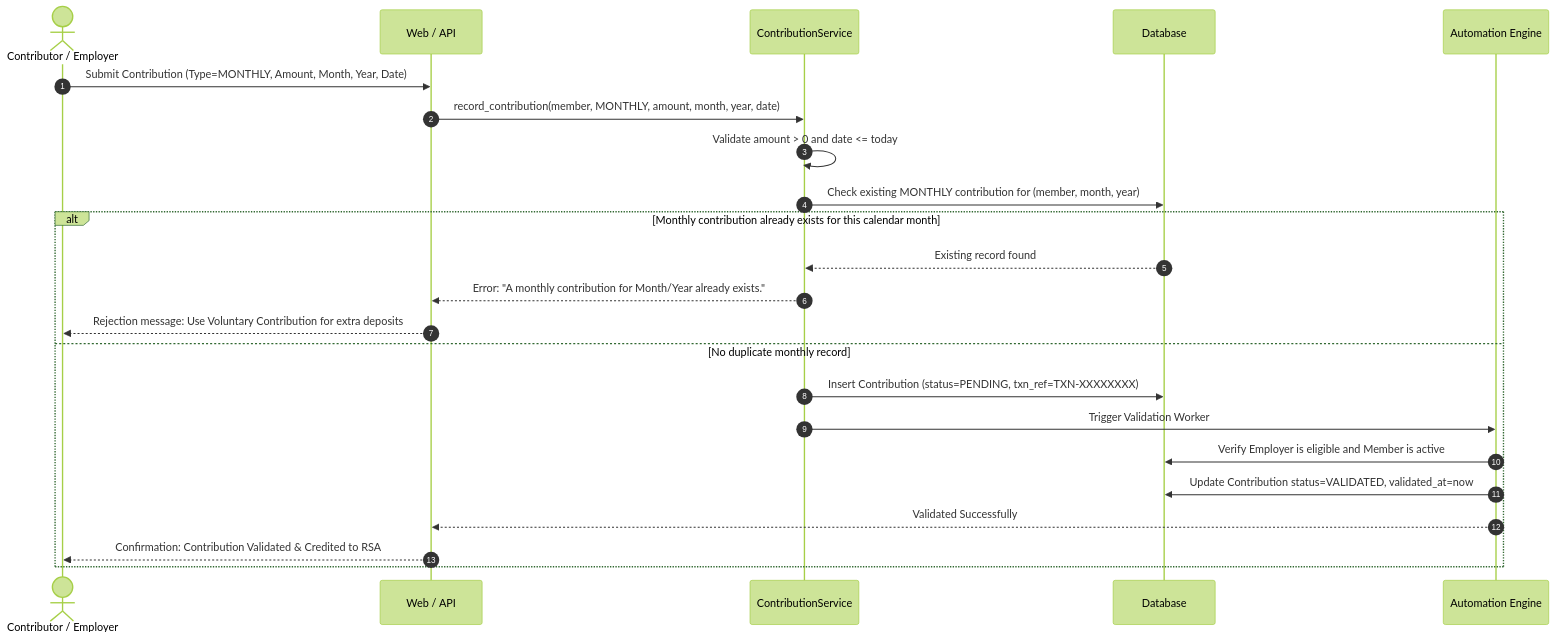
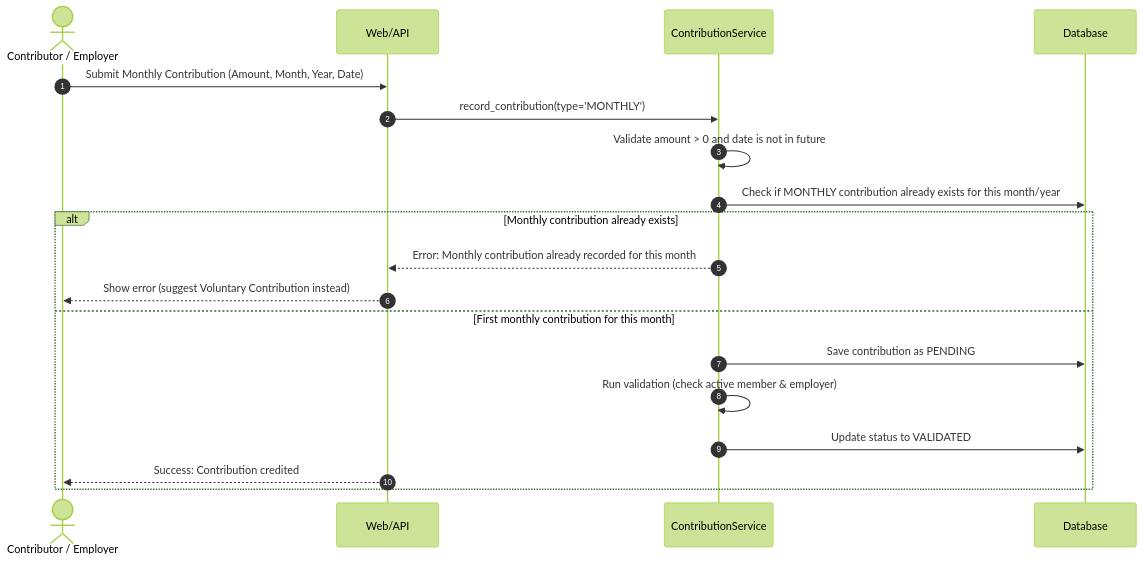
The fourth of 7 diagrams in SYSTEM_DESIGN.md (victorquadri123/pension-contribution-management-system), drawn with Mermaid (forest theme) before and after one commit. The commit also changed other lines of this file, not shown here.

Commit message:
docs: simplify system design document with clear developer notes and diagrams

````diff
--- a/SYSTEM_DESIGN.md
+++ b/SYSTEM_DESIGN.md
@@ -199,26 +185,22 @@
 ```mermaid
 sequenceDiagram
     autonumber
-    actor User as Contributor / Employer
-    participant Portal as Web / API
-    participant ContribSvc as ContributionService
+    actor Contributor as Contributor / Employer
+    participant View as Web/API
+    participant Service as ContributionService
     participant DB as Database
-    participant JobRunner as Automation Engine
 
-    User->>Portal: Submit Contribution (Type=MONTHLY, Amount, Month, Year, Date)
-    Portal->>ContribSvc: record_contribution(member, MONTHLY, amount, month, year, date)
-    ContribSvc->>ContribSvc: Validate amount > 0 and date <= today
-    ContribSvc->>DB: Check existing MONTHLY contribution for (member, month, year)
-    alt Monthly contribution already exists for this calendar month
-        DB-->>ContribSvc: Existing record found
-        ContribSvc-->>Portal: Error: "A monthly contribution for Month/Year already exists."
-        Portal-->>User: Rejection message: Use Voluntary Contribution for extra deposits
-    else No duplicate monthly record
-        ContribSvc->>DB: Insert Contribution (status=PENDING, txn_ref=TXN-XXXXXXXX)
-        ContribSvc->>JobRunner: Trigger Validation Worker
-        JobRunner->>DB: Verify Employer is eligible and Member is active
-        JobRunner->>DB: Update Contribution status=VALIDATED, validated_at=now
-        JobRunner-->>Portal: Validated Successfully
-        Portal-->>User: Confirmation: Contribution Validated & Credited to RSA
+    Contributor->>View: Submit Monthly Contribution (Amount, Month, Year, Date)
+    View->>Service: record_contribution(type='MONTHLY')
+    Service->>Service: Validate amount > 0 and date is not in future
+    Service->>DB: Check if MONTHLY contribution already exists for this month/year
+    alt Monthly contribution already exists
+        Service-->>View: Error: Monthly contribution already recorded for this month
+        View-->>Contributor: Show error (suggest Voluntary Contribution instead)
+    else First monthly contribution for this month
+        Service->>DB: Save contribution as PENDING
+        Service->>Service: Run validation (check active member & employer)
+        Service->>DB: Update status to VALIDATED
+        View-->>Contributor: Success: Contribution credited
     end
 ```
````
